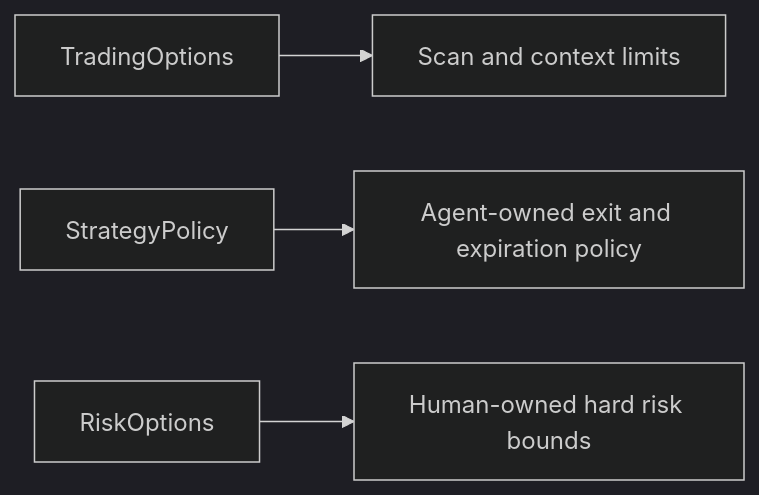
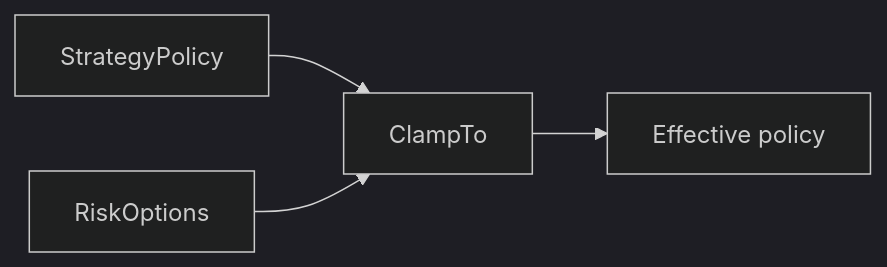
One commit to xakpc/Alpaca.NoIdea changed the diagram in .lode/trading/strategy-parameters.md. Above: the diagram before and after it, drawn with Mermaid (dark theme). The commit also changed other lines of this file and 99 other files, not shown here.

````diff
--- a/.lode/trading/strategy-parameters.md
+++ b/.lode/trading/strategy-parameters.md
@@ -6,6 +6,6 @@
 ```mermaid
 flowchart LR
-    A[TradingOptions] --> B[Scan and context limits]
-    C[StrategyPolicy] --> D[Agent-owned exit and expiration policy]
-    E[RiskOptions] --> F[Human-owned hard risk bounds]
+    P[StrategyPolicy] --> C[ClampTo]
+    R[RiskOptions] --> C
+    C --> E[Effective policy]
 ```
````
